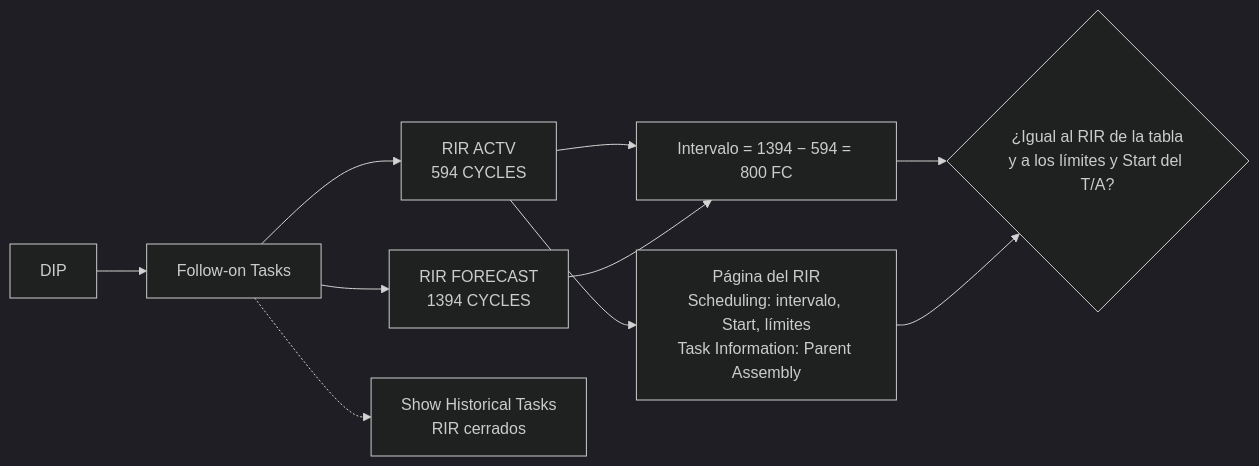
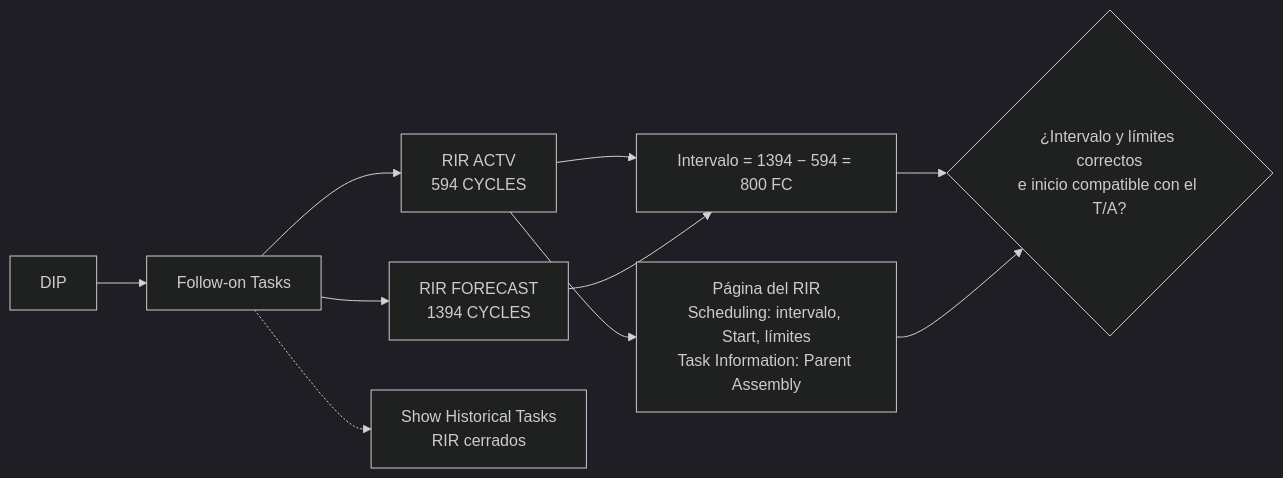
Before and after one commit to lviloriabas/dips: the seventh of 9 diagrams in docs/proceso.md, drawn with Mermaid (dark theme). The commit also changed other lines of this file and 16 other files, not shown here.

````diff
--- a/docs/proceso.md
+++ b/docs/proceso.md
@@ -190,12 +190,12 @@
 ```mermaid
 flowchart LR
     D[DIP] --> F[Follow-on Tasks]
     F --> A["RIR ACTV<br/>594 CYCLES"]
     F --> B["RIR FORECAST<br/>1394 CYCLES"]
     F -.-> H["Show Historical Tasks<br/>RIR cerrados"]
     A --> I["Intervalo = 1394 − 594 = 800 FC"]
     B --> I
     A --> P["Página del RIR<br/>Scheduling: intervalo, Start, límites<br/>Task Information: Parent Assembly"]
-    I --> C{"¿Igual al RIR de la tabla<br/>y a los límites y Start del T/A?"}
+    I --> C{"¿Intervalo y límites correctos<br/>e inicio compatible con el T/A?"}
     P --> C
 ```
````
